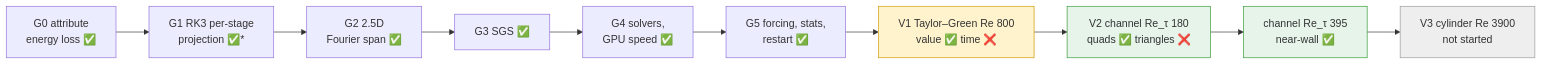
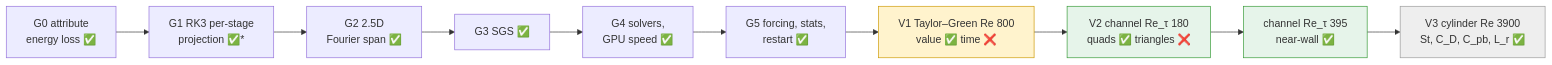
Before and after one commit to chandc/PICT-Python: the second of 2 diagrams in reference/unstructured_les_status.md, drawn with Mermaid. The commit also changed other lines of this file and 8 other files, not shown here.

````diff
--- a/reference/unstructured_les_status.md
+++ b/reference/unstructured_les_status.md
@@ -38,9 +38,10 @@
 ```mermaid
 flowchart LR
   G0["G0 attribute<br/>energy loss ✅"] --> G1["G1 RK3 per-stage<br/>projection ✅*"] --> G2["G2 2.5D<br/>Fourier span ✅"] --> G3["G3 SGS ✅"] --> G4["G4 solvers,<br/>GPU speed ✅"] --> G5["G5 forcing, stats,<br/>restart ✅"]
-  G5 --> V1["V1 Taylor–Green Re 800<br/>value ✅ time ❌"] --> V2["V2 channel Re_τ 180<br/>quads ✅ triangles ❌"] --> R395["channel Re_τ 395<br/>near-wall ✅"] --> V3["V3 cylinder Re 3900<br/>not started"]
+  G5 --> V1["V1 Taylor–Green Re 800<br/>value ✅ time ❌"] --> V2["V2 channel Re_τ 180<br/>quads ✅ triangles ❌"] --> R395["channel Re_τ 395<br/>near-wall ✅"] --> V3["V3 cylinder Re 3900<br/>St, C_D, C_pb, L_r ✅"]
   style V1 fill:#fff3cd,stroke:#c90
   style V2 fill:#e6f4ea,stroke:#393
   style R395 fill:#e6f4ea,stroke:#393
+  style V3 fill:#e6f4ea,stroke:#393
   style V3 fill:#eee,stroke:#999
 ```
````
